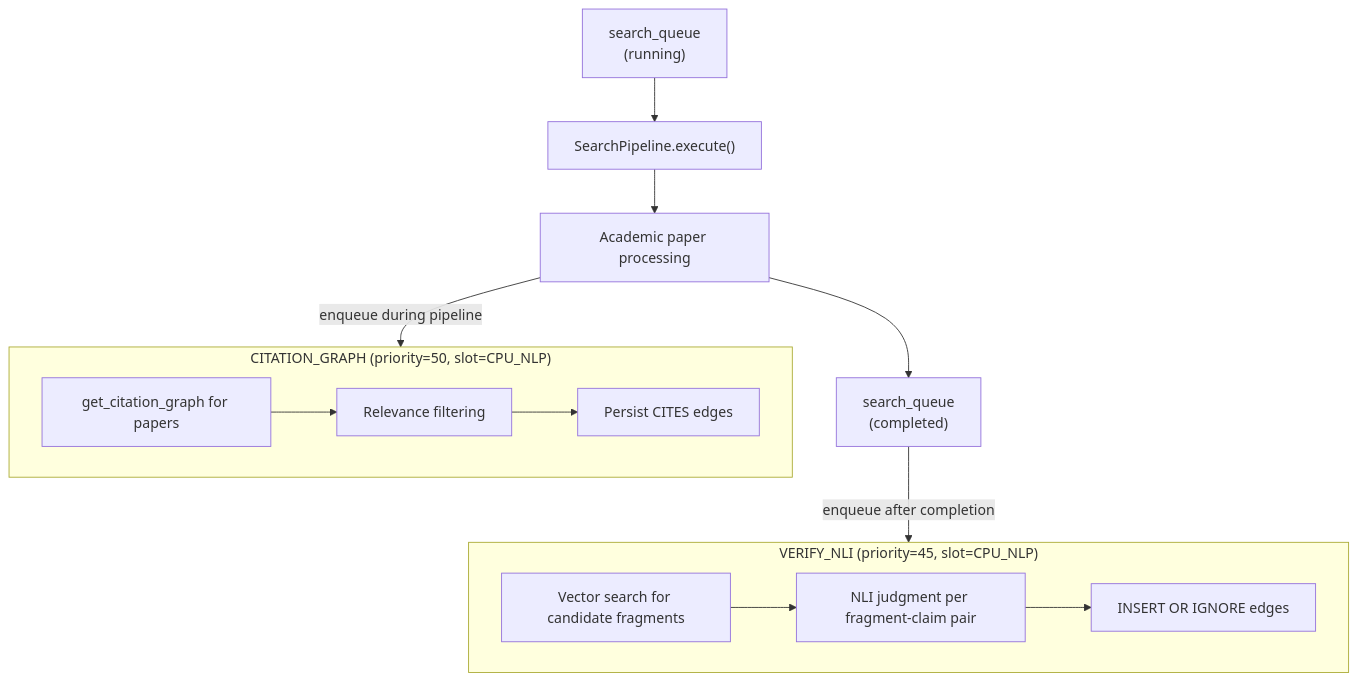
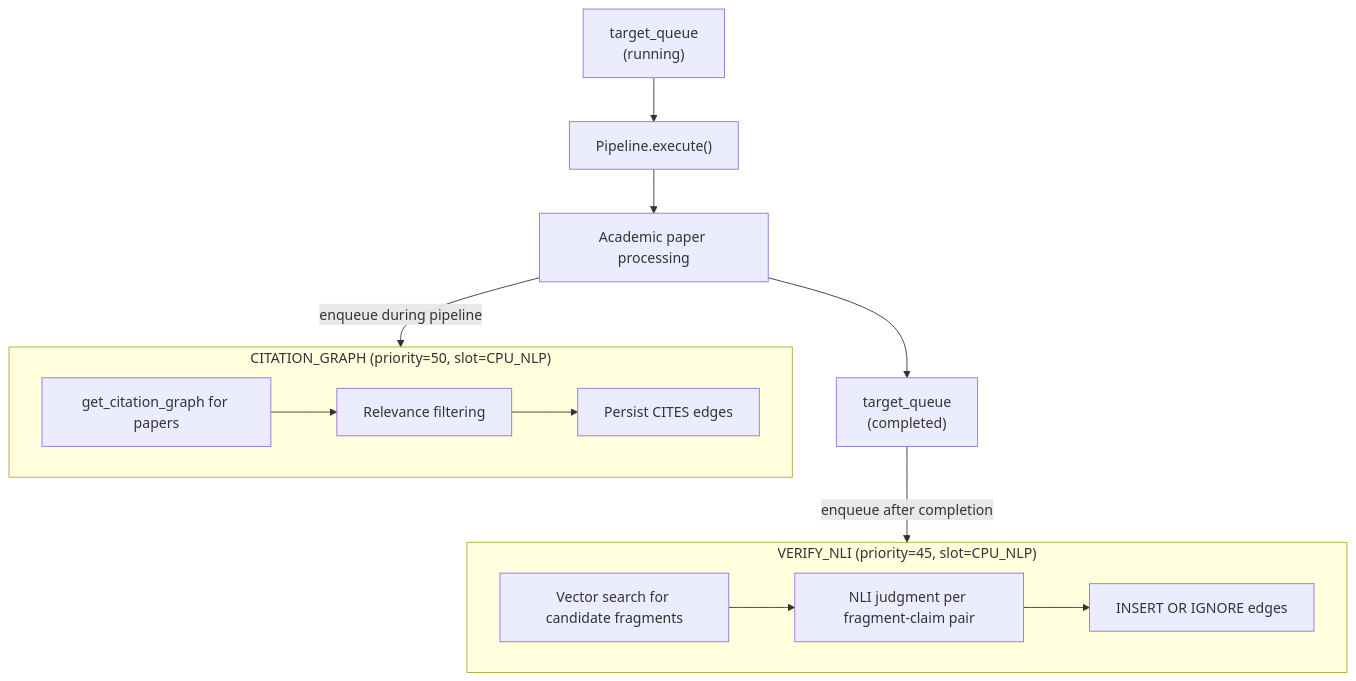
Before and after one commit to k-shibuki/lyra: the third of 3 diagrams in docs/adr/0010-async-search-queue.md, drawn with Mermaid. The commit also changed other lines of this file and 12 other files, not shown here.

First line of the commit message:
docs: Update ADRs and documentation for target_queue API

````diff
--- a/docs/adr/0010-async-search-queue.md
+++ b/docs/adr/0010-async-search-queue.md
@@ -198,27 +204,27 @@
 ```mermaid
 flowchart TD
-    SQ_START["search_queue<br/>(running)"]
-    PIPE["SearchPipeline.execute()"]
+    TQ_START["target_queue<br/>(running)"]
+    PIPE["Pipeline.execute()"]
     ACAD["Academic paper processing"]
-    SQ_END["search_queue<br/>(completed)"]
+    TQ_END["target_queue<br/>(completed)"]
 
-    SQ_START --> PIPE
+    TQ_START --> PIPE
     PIPE --> ACAD
     ACAD -->|"enqueue during pipeline"| CG
-    ACAD --> SQ_END
-    SQ_END -->|"enqueue after completion"| NLI
+    ACAD --> TQ_END
+    TQ_END -->|"enqueue after completion"| NLI
 
     subgraph CG["CITATION_GRAPH (priority=50, slot=CPU_NLP)"]
         C1[get_citation_graph for papers]
         C2[Relevance filtering]
         C3[Persist CITES edges]
         C1 --> C2 --> C3
     end
 
     subgraph NLI["VERIFY_NLI (priority=45, slot=CPU_NLP)"]
         N1[Vector search for candidate fragments]
         N2[NLI judgment per fragment-claim pair]
         N3[INSERT OR IGNORE edges]
         N1 --> N2 --> N3
     end
 ```
````
